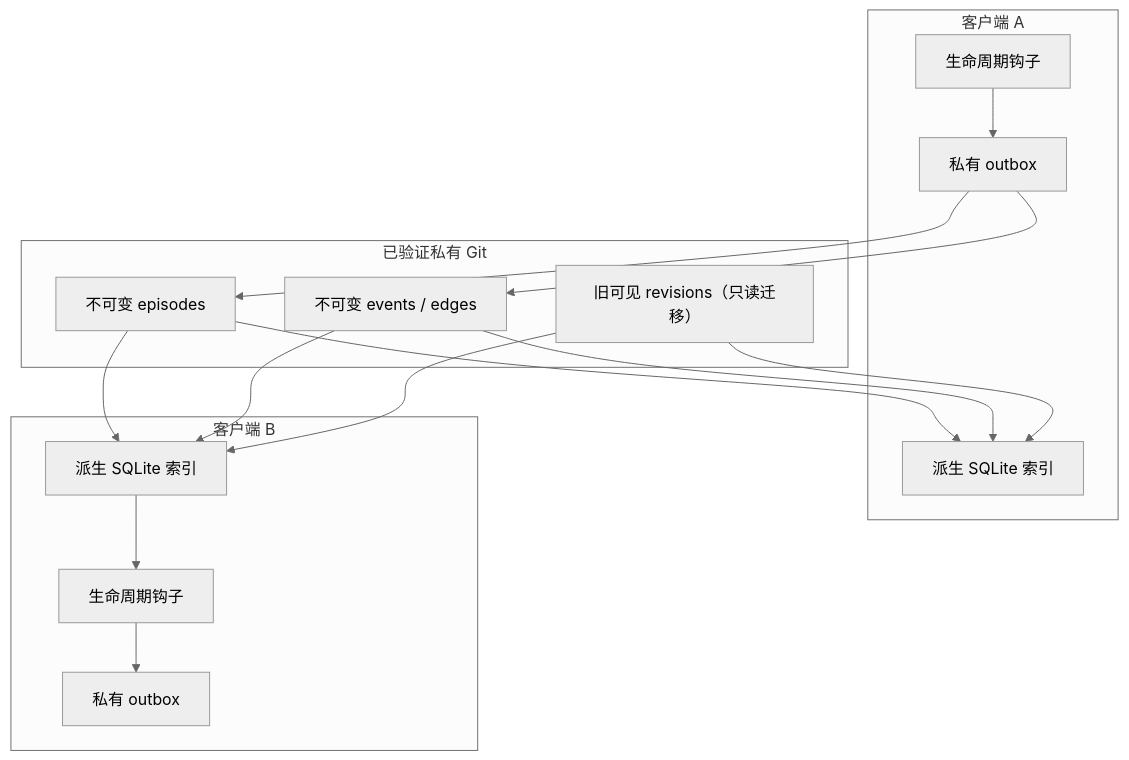
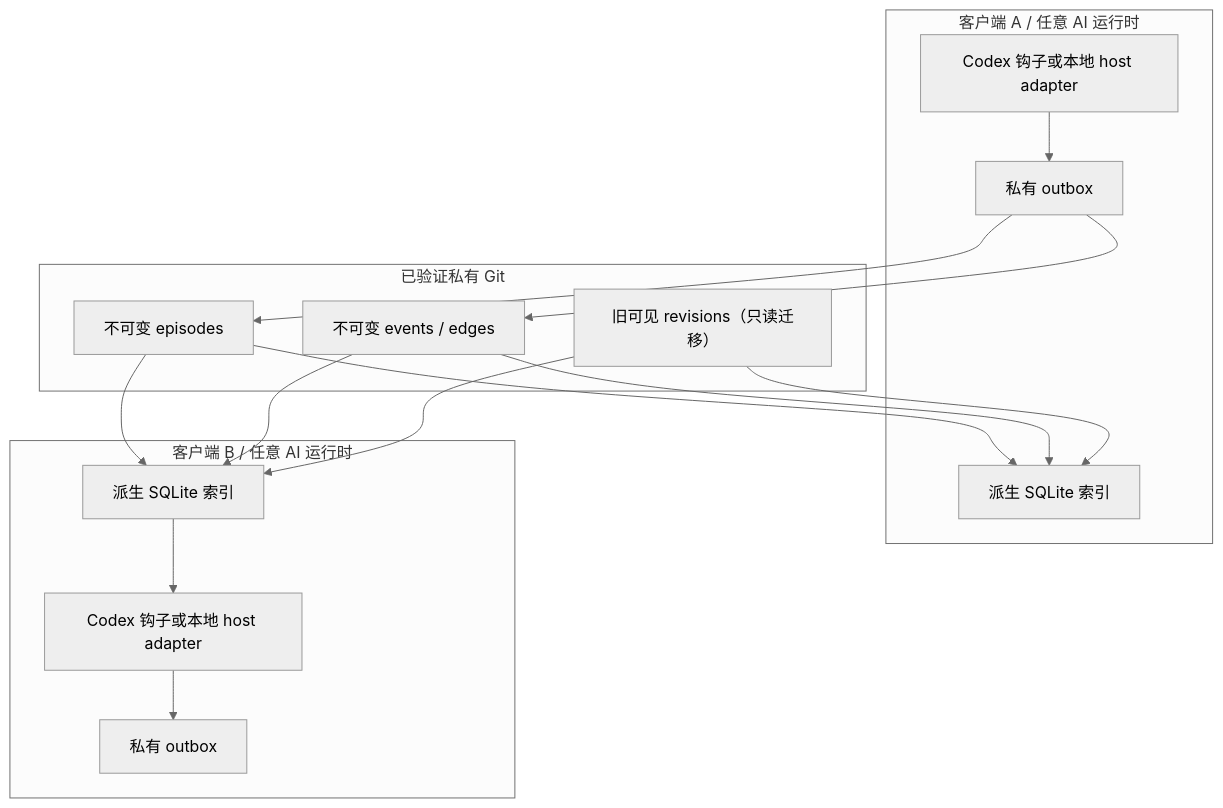
One commit to qh-work/memory-vault-sync changed the first of 4 diagrams in ARCHITECTURE.md. Above: the diagram before and after it, drawn with Mermaid (neutral theme). The commit also changed other lines of this file and 51 other files, not shown here.

````diff
--- a/ARCHITECTURE.md
+++ b/ARCHITECTURE.md
@@ -8,28 +8,28 @@
 ```mermaid
 flowchart TB
-    subgraph ClientA["客户端 A"]
-      HA["生命周期钩子"]
+    subgraph ClientA["客户端 A / 任意 AI 运行时"]
+      HA["Codex 钩子或本地 host adapter"]
       OA["私有 outbox"]
       IA["派生 SQLite 索引"]
     end
     subgraph Remote["已验证私有 Git"]
       EP["不可变 episodes"]
       EV["不可变 events / edges"]
       LR["旧可见 revisions（只读迁移）"]
     end
-    subgraph ClientB["客户端 B"]
-      HB["生命周期钩子"]
+    subgraph ClientB["客户端 B / 任意 AI 运行时"]
+      HB["Codex 钩子或本地 host adapter"]
       OB["私有 outbox"]
       IB["派生 SQLite 索引"]
     end
     HA --> OA --> EP
     OA --> EV
     EP --> IA
     EV --> IA
     LR --> IA
     EP --> IB
     EV --> IB
     LR --> IB
     IB --> HB
     HB --> OB
 ```
````
